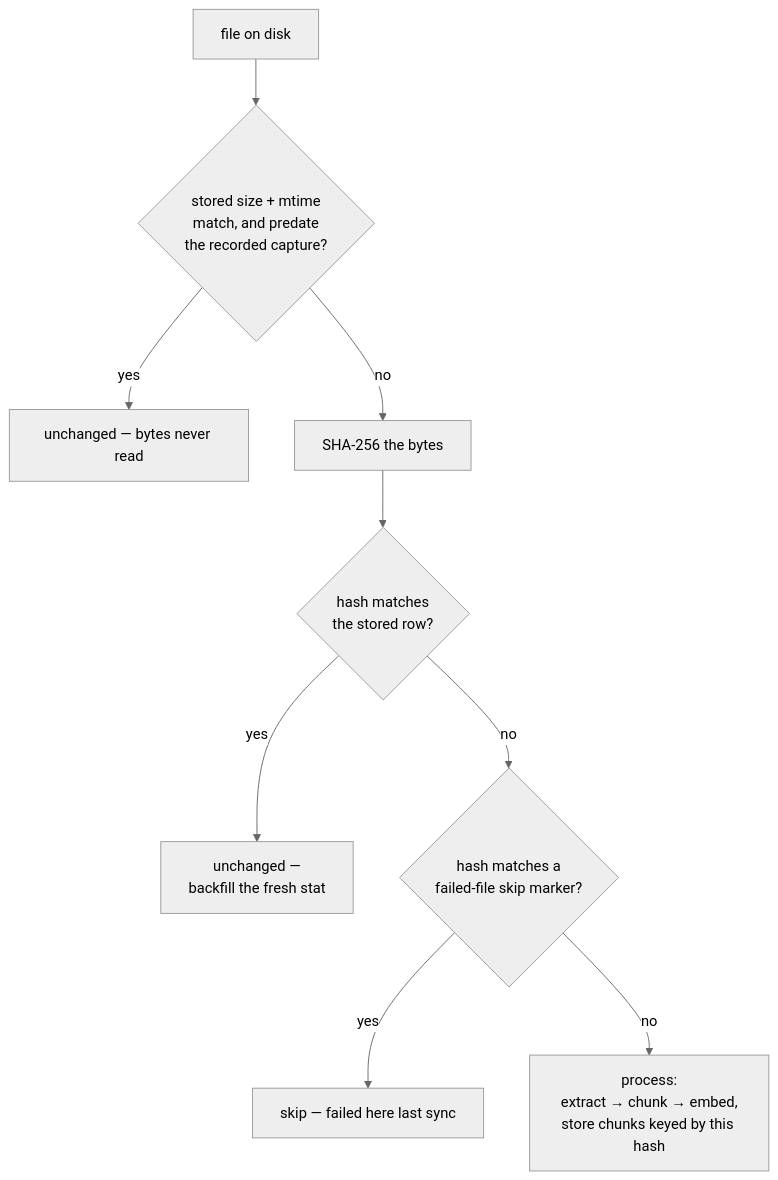
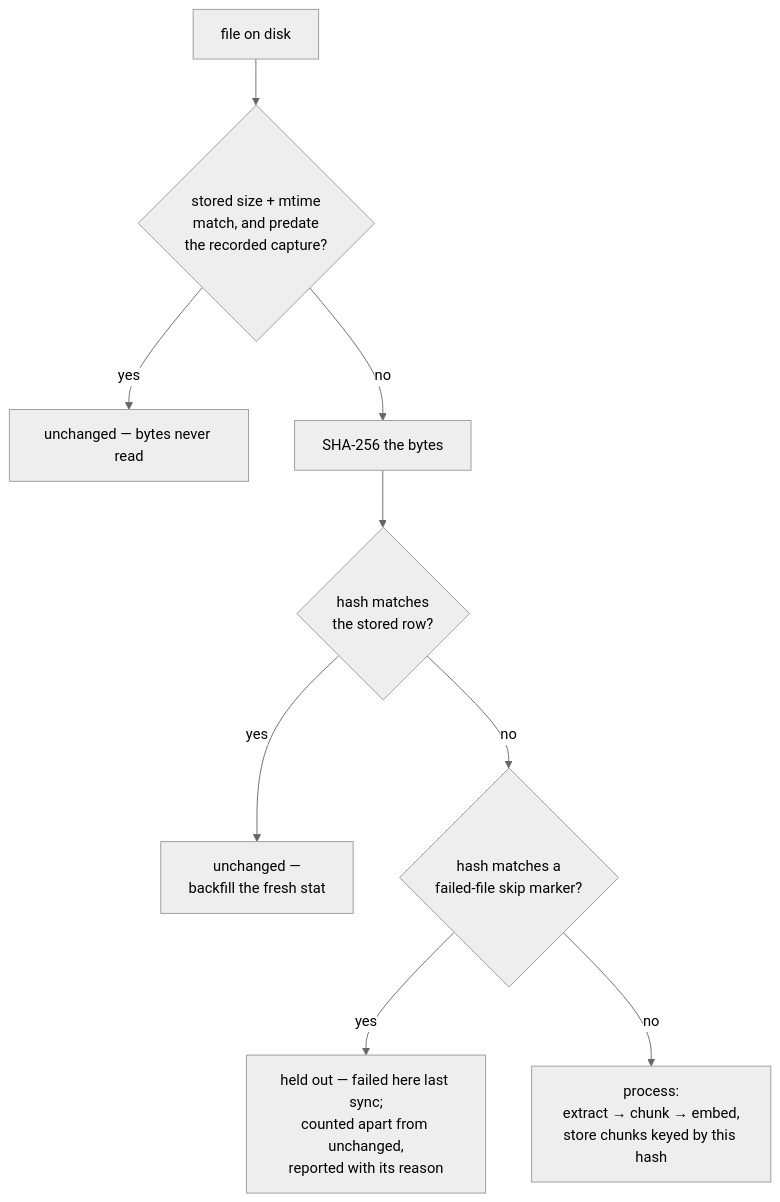
One commit to tobocop2/lilbee changed the second of 15 diagrams in docs/architecture.md. Above: the diagram before and after it, drawn with Mermaid (neutral theme). The commit also changed 12 other files, not shown here.

Commit message:
Keep held-out files out of the missing count and show them in status

````diff
--- a/docs/architecture.md
+++ b/docs/architecture.md
@@ -120,11 +120,11 @@
 ```mermaid
 flowchart TD
     F["file on disk"] --> ST{"stored size + mtime<br/>match, and predate<br/>the recorded capture?"}
     ST -->|yes| U["unchanged — bytes never read"]
     ST -->|no| H["SHA-256 the bytes"]
     H --> HC{"hash matches<br/>the stored row?"}
     HC -->|yes| BF["unchanged —<br/>backfill the fresh stat"]
     HC -->|no| SK{"hash matches a<br/>failed-file skip marker?"}
-    SK -->|yes| SKIP["skip — failed here last sync"]
+    SK -->|yes| SKIP["held out — failed here last sync;<br/>counted apart from unchanged,<br/>reported with its reason"]
     SK -->|no| PR["process:<br/>extract → chunk → embed,<br/>store chunks keyed by this hash"]
 ```
````
